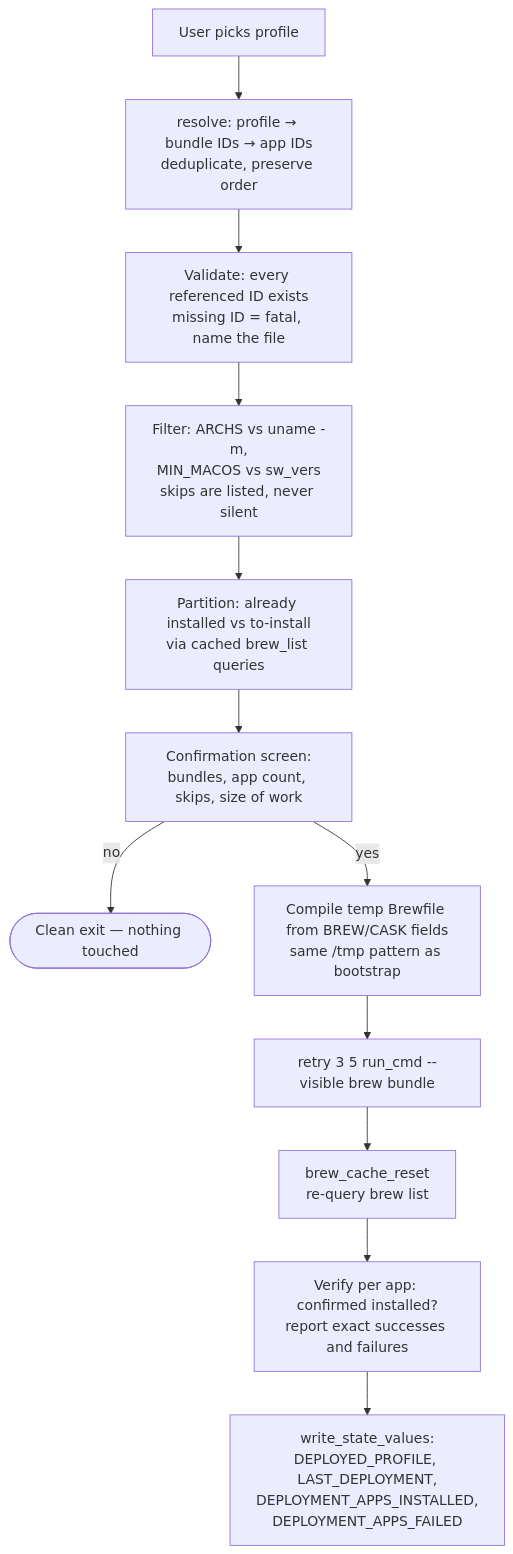
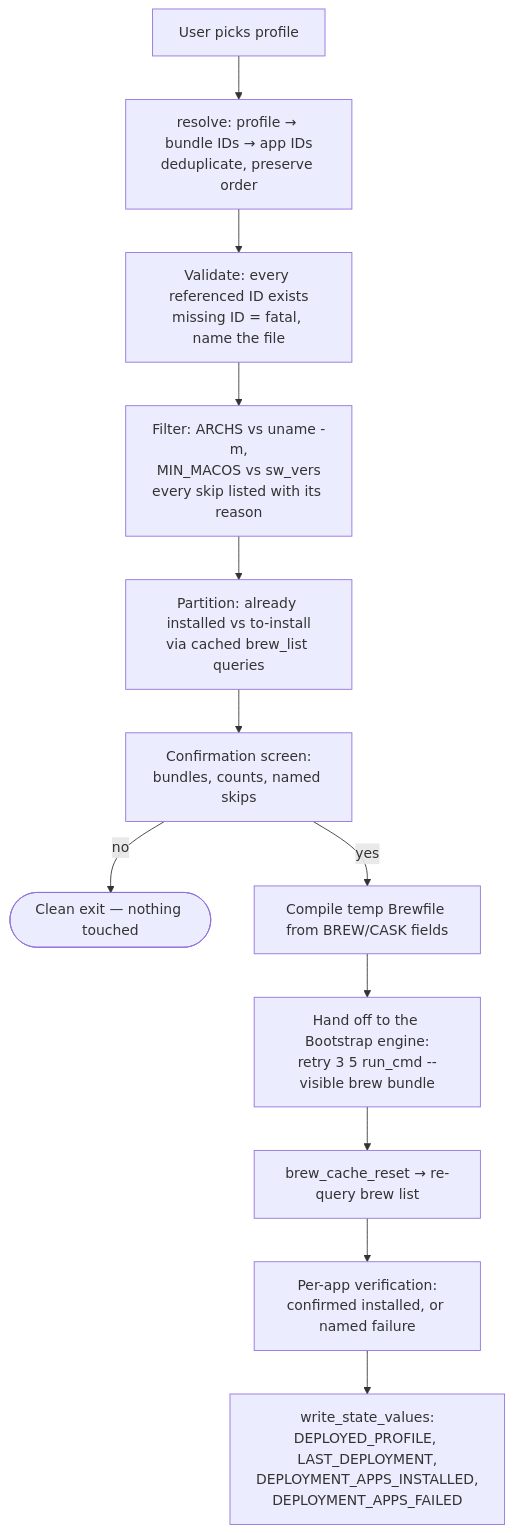
Before and after one commit to JorgeSucre/jb-ToolKit: the third of 3 diagrams in docs/Deployment-Design.md, drawn with Mermaid. The commit also changed other lines of this file and 5 other files, not shown here.

````diff
--- a/docs/Deployment-Design.md
+++ b/docs/Deployment-Design.md
@@ -214,14 +241,14 @@
 ```mermaid
 flowchart TD
     A[User picks profile] --> B[resolve: profile → bundle IDs → app IDs<br/>deduplicate, preserve order]
     B --> C[Validate: every referenced ID exists<br/>missing ID = fatal, name the file]
-    C --> D[Filter: ARCHS vs uname -m,<br/>MIN_MACOS vs sw_vers<br/>skips are listed, never silent]
+    C --> D[Filter: ARCHS vs uname -m,<br/>MIN_MACOS vs sw_vers<br/>every skip listed with its reason]
     D --> E[Partition: already installed vs to-install<br/>via cached brew_list queries]
-    E --> F[Confirmation screen:<br/>bundles, app count, skips, size of work]
+    E --> F[Confirmation screen:<br/>bundles, counts, named skips]
     F -->|no| G([Clean exit — nothing touched])
-    F -->|yes| H[Compile temp Brewfile from BREW/CASK fields<br/>same /tmp pattern as bootstrap]
-    H --> I[retry 3 5 run_cmd --visible brew bundle]
-    I --> J[brew_cache_reset<br/>re-query brew list]
-    J --> K[Verify per app: confirmed installed?<br/>report exact successes and failures]
+    F -->|yes| H[Compile temp Brewfile from BREW/CASK fields]
+    H --> I[Hand off to the Bootstrap engine:<br/>retry 3 5 run_cmd --visible brew bundle]
+    I --> J[brew_cache_reset → re-query brew list]
+    J --> K[Per-app verification:<br/>confirmed installed, or named failure]
     K --> L[write_state_values:<br/>DEPLOYED_PROFILE, LAST_DEPLOYMENT,<br/>DEPLOYMENT_APPS_INSTALLED,<br/>DEPLOYMENT_APPS_FAILED]
 ```
````
